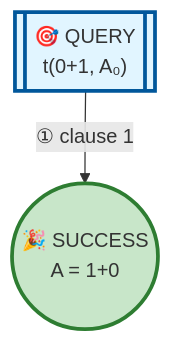
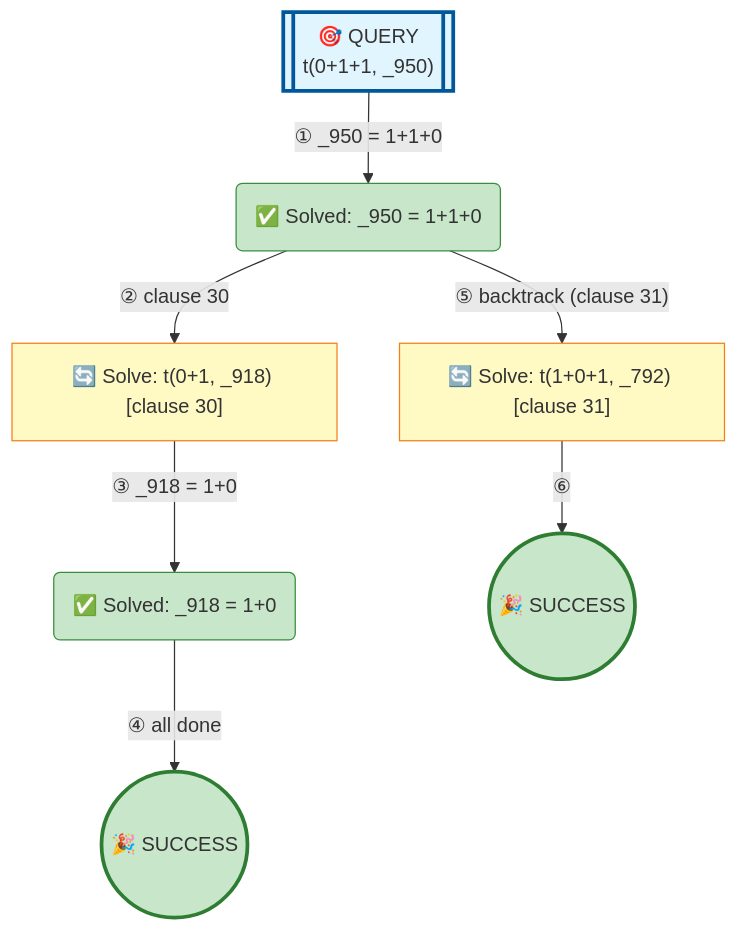
The diagram in examples/3_3_operators-minimal.md (jarecsni/prolog-trace-viz), drawn with Mermaid before and after one commit. The commit also changed other lines of this file and 26 other files, not shown here.

````diff
--- a/examples/3_3_operators-minimal.md
+++ b/examples/3_3_operators-minimal.md
@@ -17,14 +17,29 @@
 ```mermaid
 graph TD
 
 %% Nodes
-A[["🎯 QUERY<br/>t(0+1, A₀)"]]
-B(("🎉 SUCCESS<br/>A = 1+0"))
+A[["🎯 QUERY<br/>t(0+1+1, _950)"]]
+B("✅ Solved: _950 = 1+1+0")
+C["🔄 Solve: t(0+1, _918) [clause 30]"]
+D("✅ Solved: _918 = 1+0")
+E(("🎉 SUCCESS"))
+F["🔄 Solve: t(1+0+1, _792) [clause 31]"]
+G(("🎉 SUCCESS"))
 
 %% Edges
-A -->|"① clause 1"| B
+A -->|"① _950 = 1+1+0"| B
+B -->|"② clause 30"| C
+C -->|"③ _918 = 1+0"| D
+D -->|"④ all done"| E
+B -->|"⑤ backtrack (clause 31)"| F
+F -->|"⑥"| G
 
 %% Styles
 style A fill:#e1f5ff,stroke:#01579b,stroke-width:3px
-style B fill:#c8e6c9,stroke:#2e7d32,stroke-width:3px
+style B fill:#c8e6c9,stroke:#388e3c
+style C fill:#fff9c4,stroke:#f57f17
+style D fill:#c8e6c9,stroke:#388e3c
+style E fill:#c8e6c9,stroke:#2e7d32,stroke-width:3px
+style F fill:#fff9c4,stroke:#f57f17
+style G fill:#c8e6c9,stroke:#2e7d32,stroke-width:3px
 ```
````
